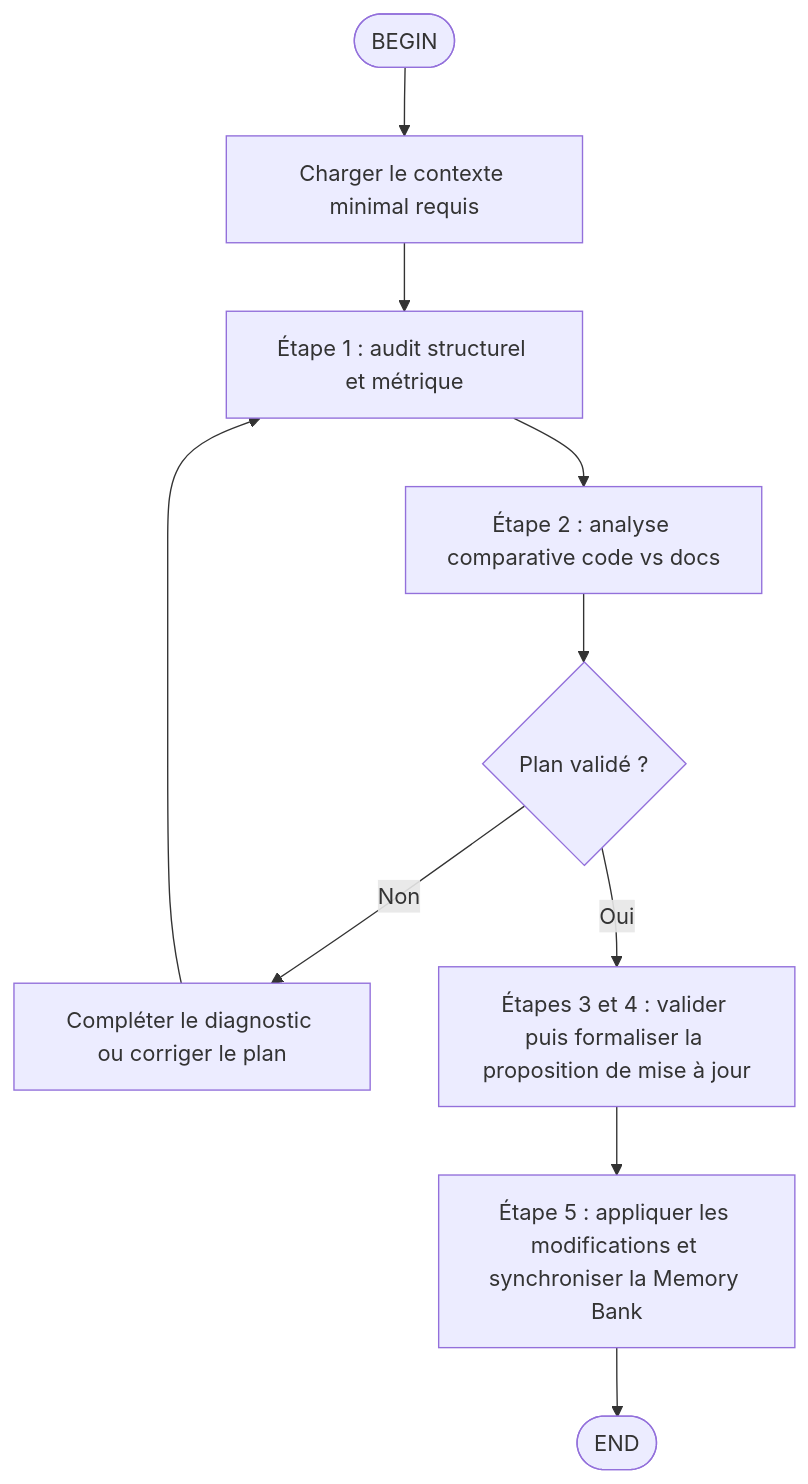
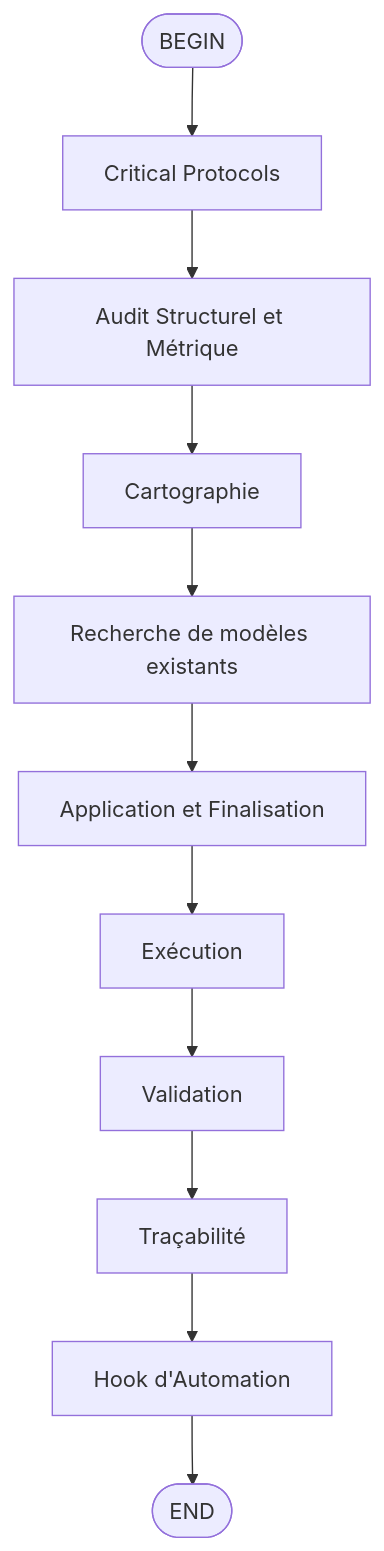
One commit to ki2pixel/kimi_proxy changed the diagram in .agents/skills/docs-updater/SKILL.md. Above: the diagram before and after it, drawn with Mermaid. The commit also changed other lines of this file and 70 other files, not shown here.

First line of the commit message:
refactor: Reorganize skills architecture and remove obsolete documentation

````diff
--- a/.agents/skills/docs-updater/SKILL.md
+++ b/.agents/skills/docs-updater/SKILL.md
@@ -18,12 +7,13 @@
 ```mermaid
 flowchart TD
-A([BEGIN]) --> B[Charger le contexte minimal requis]
-B --> C[Étape 1 : audit structurel et métrique]
-C --> D[Étape 2 : analyse comparative code vs docs]
-D --> E{Plan validé ?}
-E -->|Non| F[Compléter le diagnostic ou corriger le plan]
-F --> C
-E -->|Oui| G[Étapes 3 et 4 : valider puis formaliser la proposition de mise à jour]
-G --> H[Étape 5 : appliquer les modifications et synchroniser la Memory Bank]
-H --> I([END])
+A([BEGIN]) --> B[Critical Protocols]
+B --> C[Audit Structurel et Métrique]
+C --> C1[Cartographie]
+C1 --> C2[Recherche de modèles existants]
+C2 --> D[Application et Finalisation]
+D --> D1[Exécution]
+D1 --> D2[Validation]
+D2 --> D3[Traçabilité]
+D3 --> D4[Hook d'Automation]
+D4 --> E([END])
 ```
````
